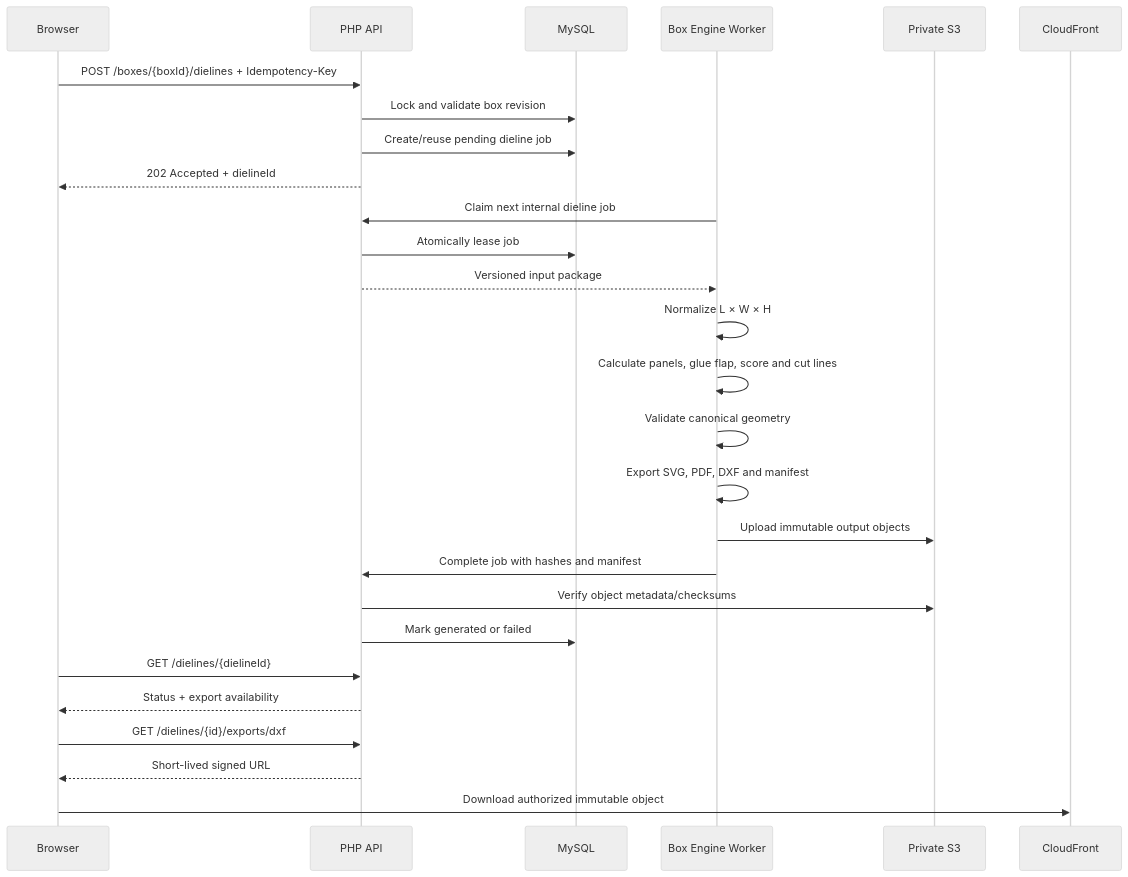
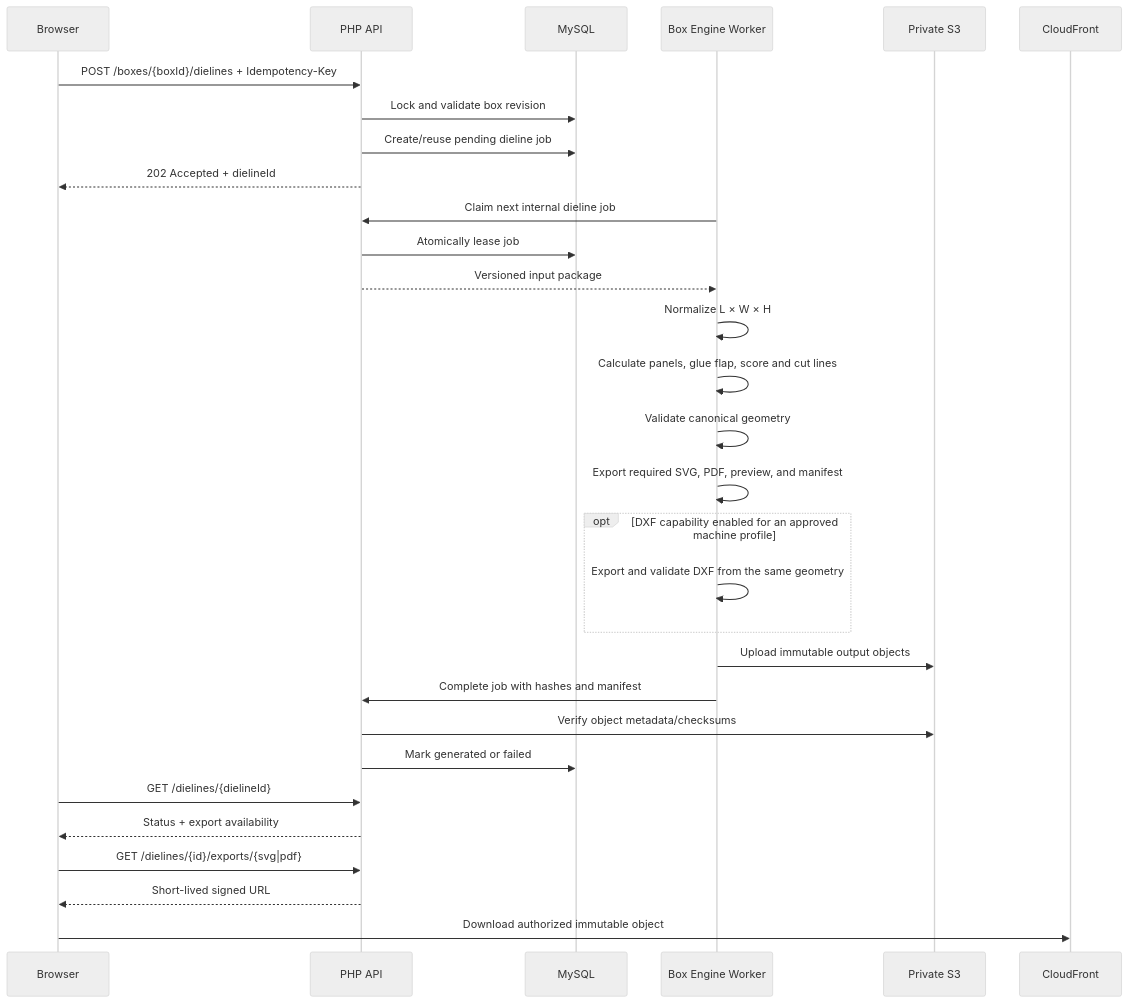
One commit to ochooma/packerz-frontend changed the tenth of 15 diagrams in docs/ARCHITECTURE.md. Above: the diagram before and after it, drawn with Mermaid (neutral theme). The commit also changed other lines of this file and 34 other files, not shown here.

````diff
--- a/docs/ARCHITECTURE.md
+++ b/docs/ARCHITECTURE.md
@@ -692,32 +815,35 @@
 ```mermaid
 sequenceDiagram
     participant B as Browser
     participant API as PHP API
     participant DB as MySQL
     participant W as Box Engine Worker
     participant S3 as Private S3
     participant CF as CloudFront
 
     B->>API: POST /boxes/{boxId}/dielines + Idempotency-Key
     API->>DB: Lock and validate box revision
     API->>DB: Create/reuse pending dieline job
     API-->>B: 202 Accepted + dielineId
 
     W->>API: Claim next internal dieline job
     API->>DB: Atomically lease job
     API-->>W: Versioned input package
     W->>W: Normalize L × W × H
     W->>W: Calculate panels, glue flap, score and cut lines
     W->>W: Validate canonical geometry
-    W->>W: Export SVG, PDF, DXF and manifest
+    W->>W: Export required SVG, PDF, preview, and manifest
+    opt DXF capability enabled for an approved machine profile
+        W->>W: Export and validate DXF from the same geometry
+    end
     W->>S3: Upload immutable output objects
     W->>API: Complete job with hashes and manifest
     API->>S3: Verify object metadata/checksums
     API->>DB: Mark generated or failed
 
     B->>API: GET /dielines/{dielineId}
     API-->>B: Status + export availability
-    B->>API: GET /dielines/{id}/exports/dxf
+    B->>API: GET /dielines/{id}/exports/{svg|pdf}
     API-->>B: Short-lived signed URL
     B->>CF: Download authorized immutable object
 ```
````
